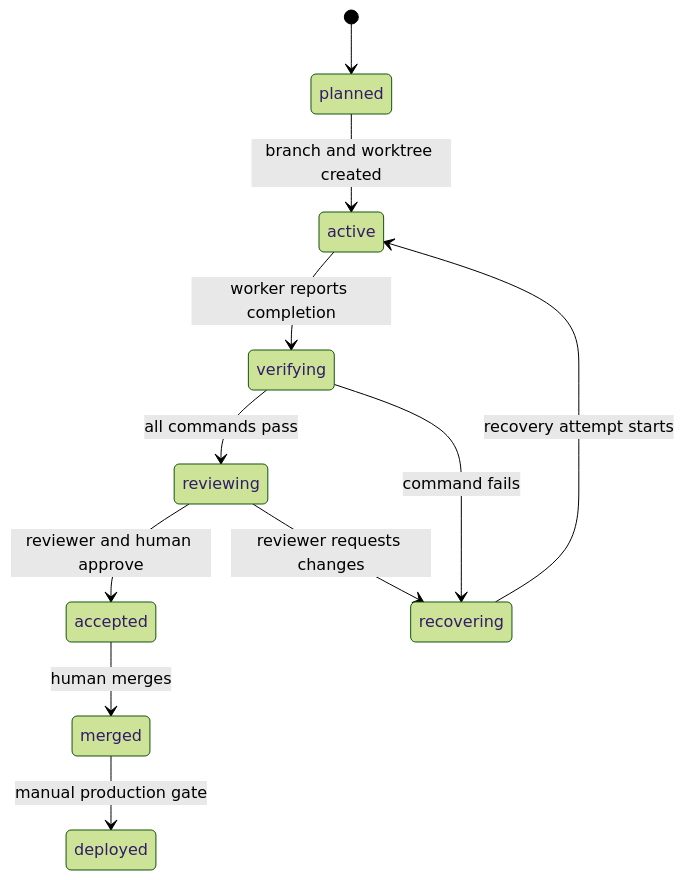
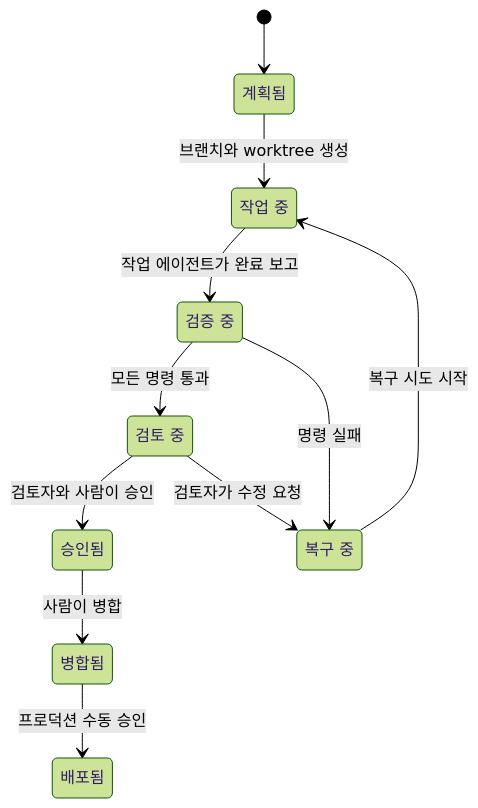
Before and after one commit to grapefruit0205/ai-agent-site-harness: the diagram in docs/orchestration/state-machine.md, drawn with Mermaid (forest theme). The commit also changed other lines of this file and 34 other files, not shown here.

````diff
--- a/docs/orchestration/state-machine.md
+++ b/docs/orchestration/state-machine.md
@@ -3,13 +3,21 @@
 ```mermaid
 stateDiagram-v2
+    state "계획됨" as planned
+    state "작업 중" as active
+    state "검증 중" as verifying
+    state "검토 중" as reviewing
+    state "복구 중" as recovering
+    state "승인됨" as accepted
+    state "병합됨" as merged
+    state "배포됨" as deployed
     [*] --> planned
-    planned --> active: branch and worktree created
-    active --> verifying: worker reports completion
-    verifying --> reviewing: all commands pass
-    verifying --> recovering: command fails
-    reviewing --> accepted: reviewer and human approve
-    reviewing --> recovering: reviewer requests changes
-    recovering --> active: recovery attempt starts
-    accepted --> merged: human merges
-    merged --> deployed: manual production gate
+    planned --> active: 브랜치와 worktree 생성
+    active --> verifying: 작업 에이전트가 완료 보고
+    verifying --> reviewing: 모든 명령 통과
+    verifying --> recovering: 명령 실패
+    reviewing --> accepted: 검토자와 사람이 승인
+    reviewing --> recovering: 검토자가 수정 요청
+    recovering --> active: 복구 시도 시작
+    accepted --> merged: 사람이 병합
+    merged --> deployed: 프로덕션 수동 승인
 ```
````
